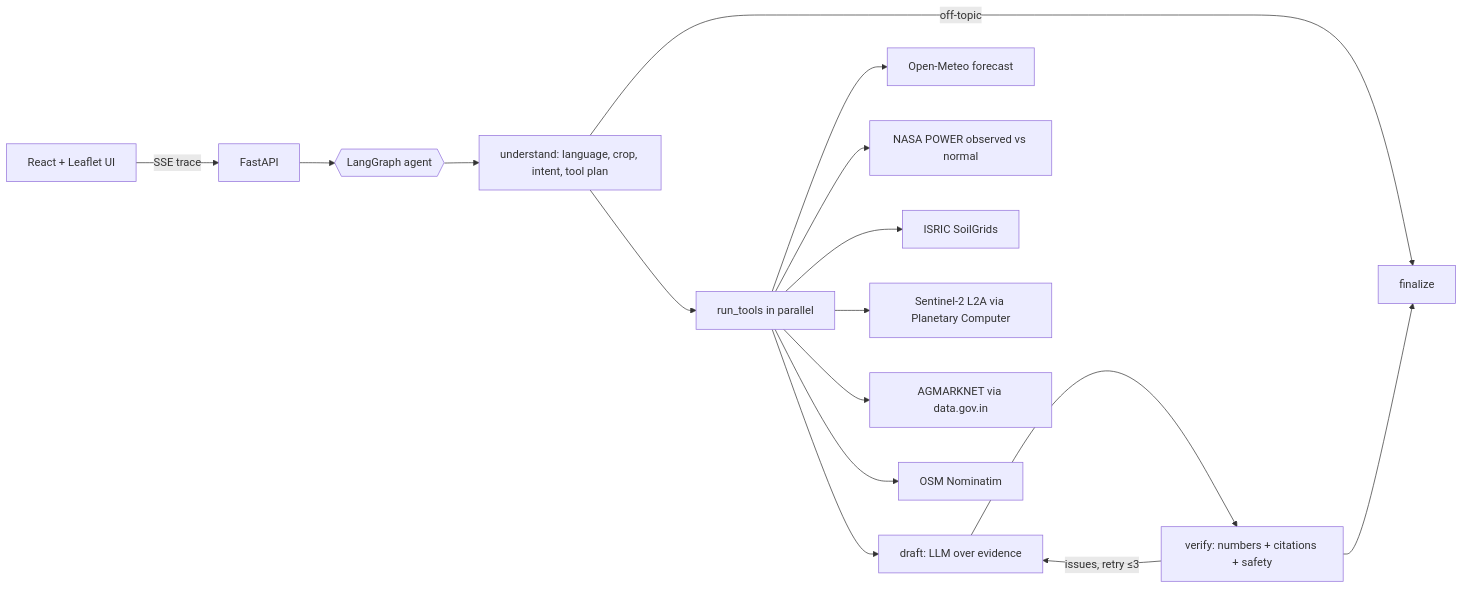
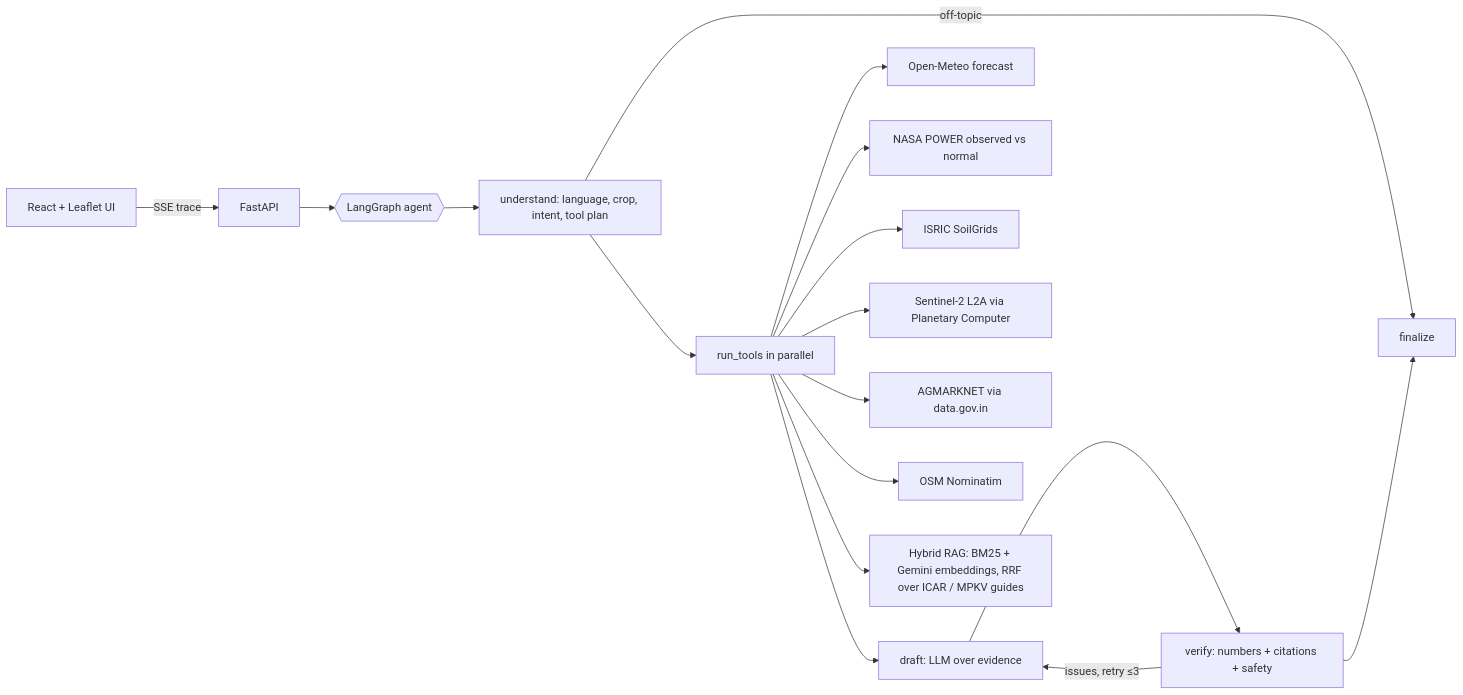
Before and after one commit to SatvikJ01/KhetSaathi: the diagram in README.md, drawn with Mermaid. The commit also changed other lines of this file and 19 other files, not shown here.

````diff
--- a/README.md
+++ b/README.md
@@ -21,18 +23,19 @@
 ```mermaid
 flowchart LR
   UI[React + Leaflet UI] -- SSE trace --> API[FastAPI]
   API --> G{{LangGraph agent}}
   G --> U[understand: language, crop, intent, tool plan]
   U -->|off-topic| F[finalize]
   U --> T[run_tools in parallel]
   T --> D[draft: LLM over evidence]
   D --> V[verify: numbers + citations + safety]
   V -->|issues, retry ≤3| D
   V --> F
   T --> W[Open-Meteo forecast]
   T --> N[NASA POWER observed vs normal]
   T --> S[ISRIC SoilGrids]
   T --> X[Sentinel-2 L2A via Planetary Computer]
   T --> M[AGMARKNET via data.gov.in]
   T --> O[OSM Nominatim]
+  T --> R[Hybrid RAG: BM25 + Gemini embeddings, RRF over ICAR / MPKV guides]
 ```
````
